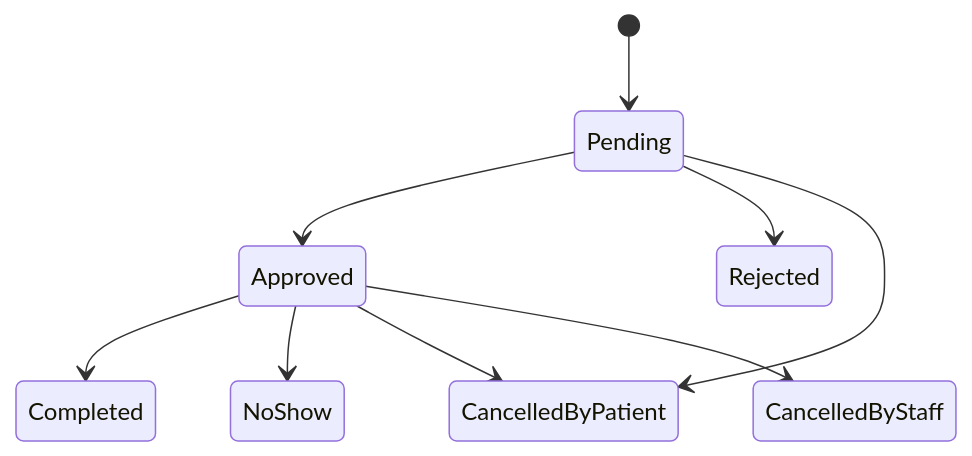
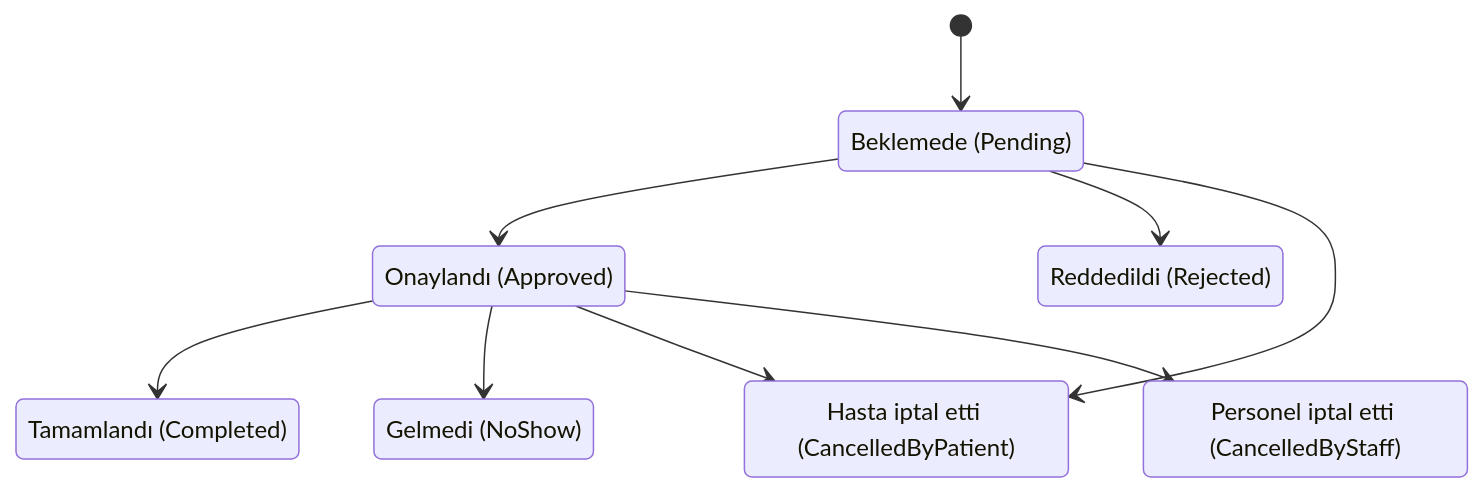
Before and after one commit to E-MRE/clinic-appointment-system: the second of 2 diagrams in README.tr.md, drawn with Mermaid. The commit also changed other lines of this file and 22 other files, not shown here.

First line of the commit message:
chore: create Flutter web skeleton with clean architecture folders

````diff
--- a/README.tr.md
+++ b/README.tr.md
@@ -66,11 +68,18 @@
 ```mermaid
 stateDiagram-v2
+  state "Beklemede (Pending)" as Pending
+  state "Onaylandı (Approved)" as Approved
+  state "Reddedildi (Rejected)" as Rejected
+  state "Hasta iptal etti (CancelledByPatient)" as CancelledByPatient
+  state "Personel iptal etti (CancelledByStaff)" as CancelledByStaff
+  state "Tamamlandı (Completed)" as Completed
+  state "Gelmedi (NoShow)" as NoShow
   [*] --> Pending
   Pending --> Approved
   Pending --> Rejected
   Pending --> CancelledByPatient
   Approved --> Completed
   Approved --> NoShow
   Approved --> CancelledByPatient
   Approved --> CancelledByStaff
 ```
````
